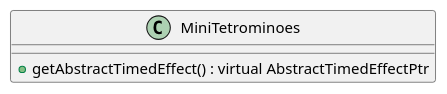
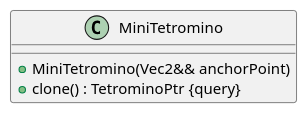
One commit to ulb-info2-group5/Royal-Blocks changed the diagram in doc/uml/class/game/tetris_royal_lib/effect/Bonus/MiniTetrominoesClass.plantuml. Above: the diagram before and after it, drawn with PlantUML. The commit also changed 20 other files, not shown here.

Commit message:
first part of class diagrams

```diff
--- a/doc/uml/class/game/tetris_royal_lib/effect/Bonus/MiniTetrominoesClass.plantuml
+++ b/doc/uml/class/game/tetris_royal_lib/effect/Bonus/MiniTetrominoesClass.plantuml
@@ -3,9 +3,8 @@
-@startuml (id=MiniTetrominoes)
+@startuml (id=MiniTetromino)
 
-class MiniTetrominoes {
-
-    + getAbstractTimedEffect() : virtual AbstractTimedEffectPtr
-
+class MiniTetromino {
+	+MiniTetromino(Vec2&& anchorPoint)
+	+clone() : TetrominoPtr {query}
 }
 
 @enduml
```
